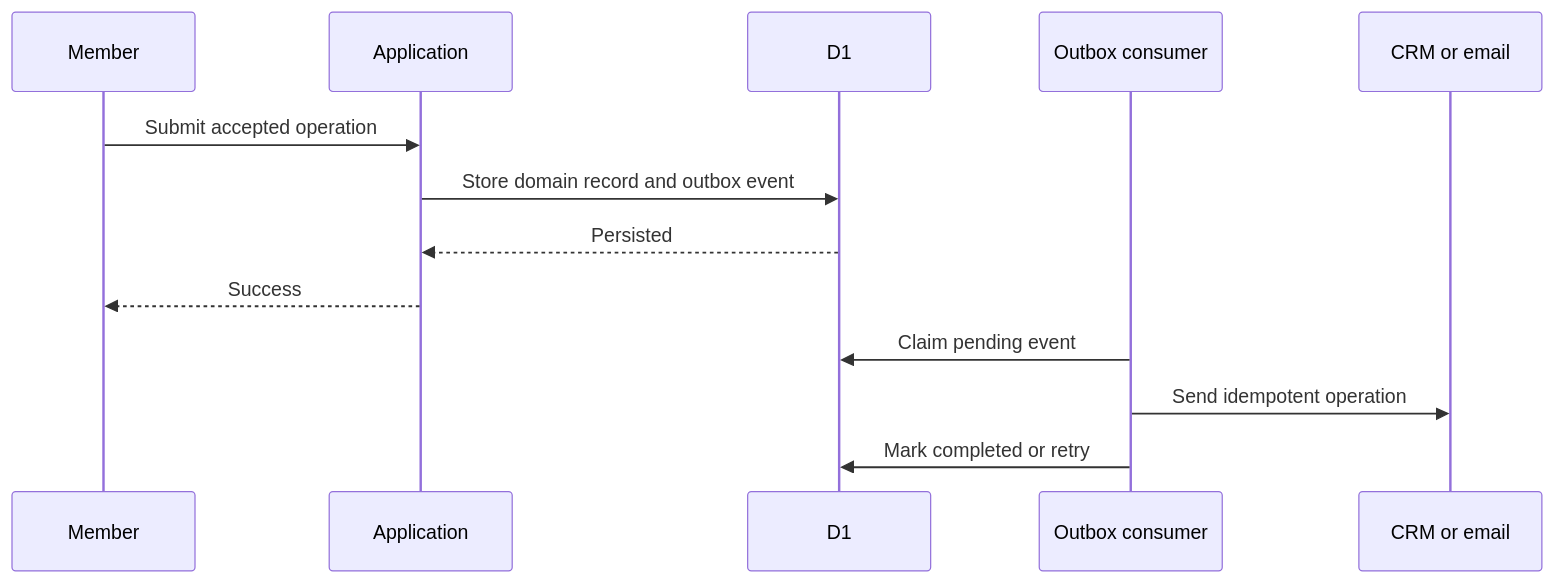
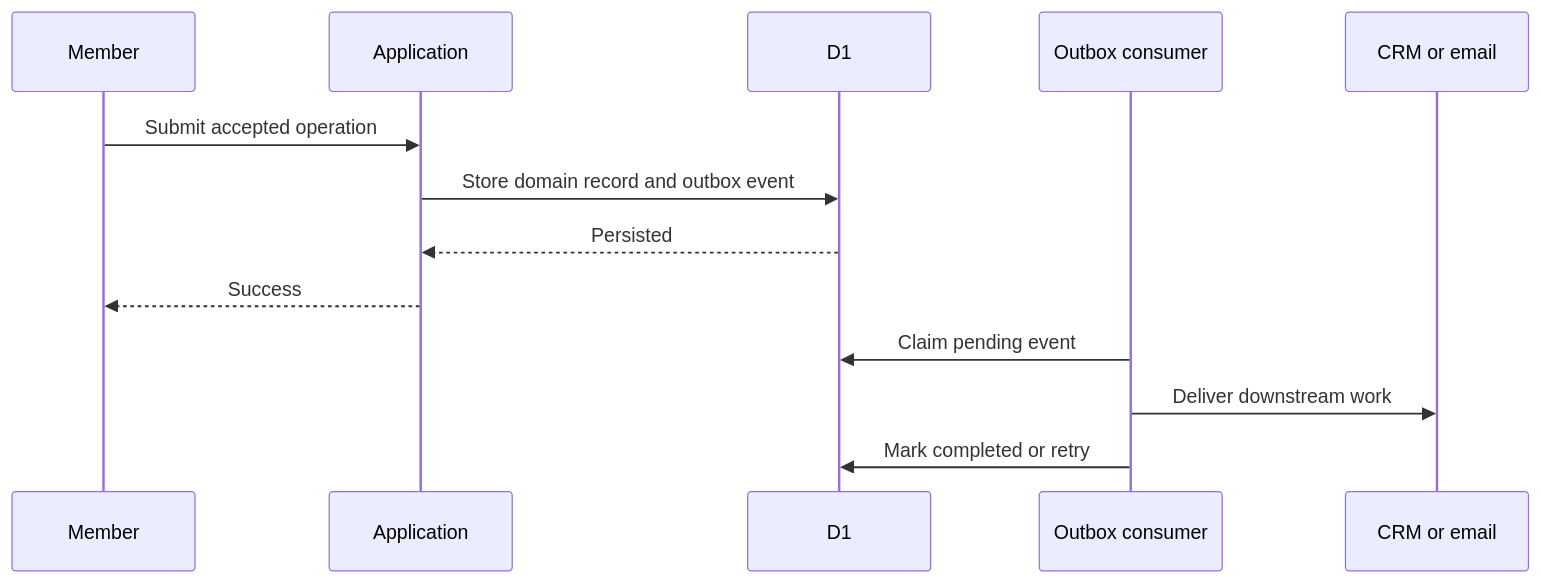
One commit to sinaradme/daraltharwah-members-case-study changed the second of 3 diagrams in docs/ARCHITECTURE.md. Above: the diagram before and after it, drawn with Mermaid. The commit also changed other lines of this file and 3 other files, not shown here.

```diff
--- a/docs/ARCHITECTURE.md
+++ b/docs/ARCHITECTURE.md
@@ -168,16 +170,16 @@
 ~~~mermaid
 sequenceDiagram
     participant M as Member
     participant A as Application
     participant D as D1
     participant O as Outbox consumer
     participant C as CRM or email
 
     M->>A: Submit accepted operation
     A->>D: Store domain record and outbox event
     D-->>A: Persisted
     A-->>M: Success
     O->>D: Claim pending event
-    O->>C: Send idempotent operation
+    O->>C: Deliver downstream work
     O->>D: Mark completed or retry
 ~~~
```
